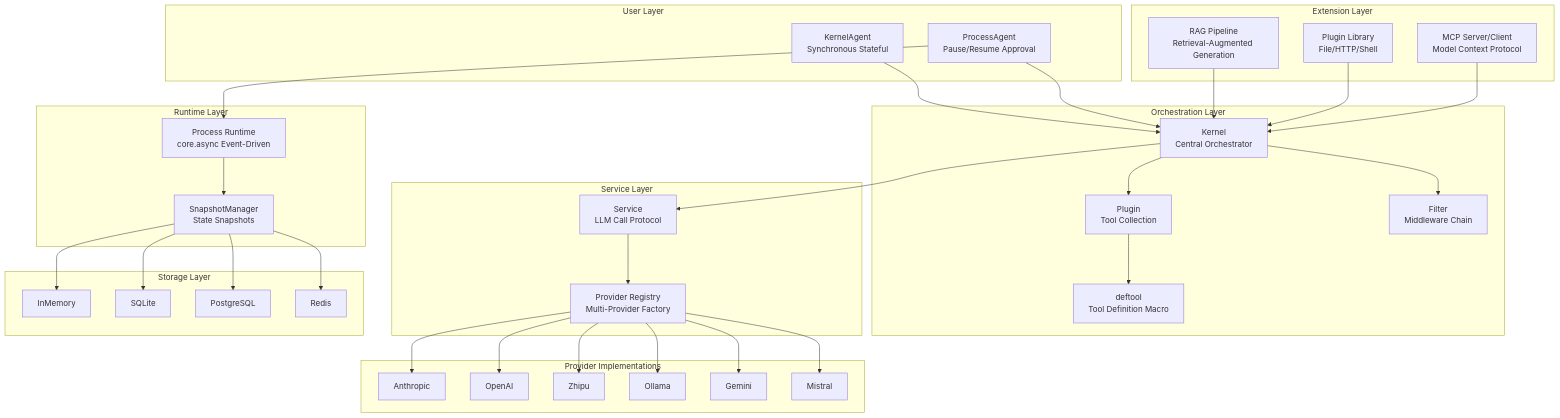
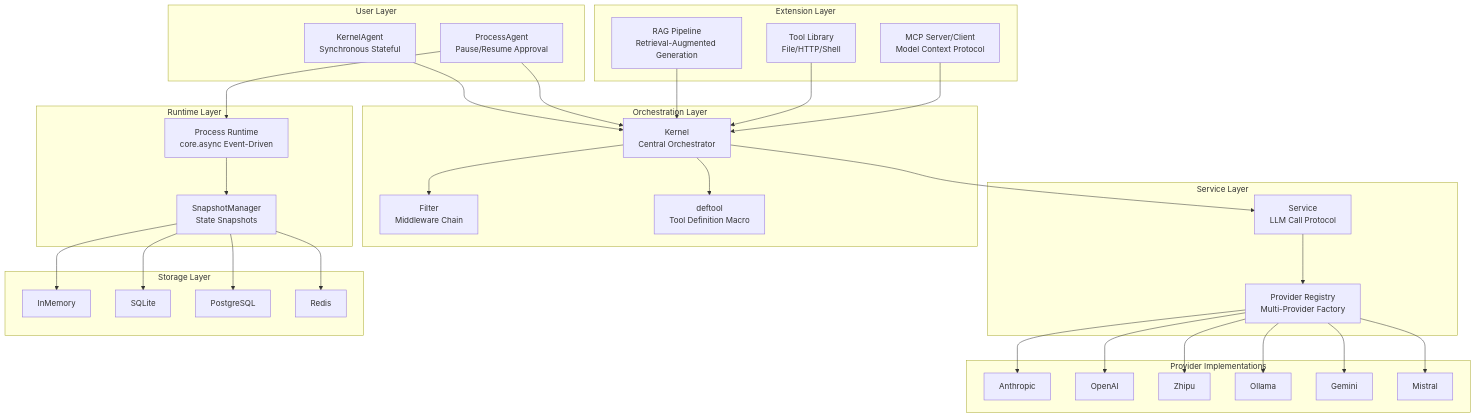
The first of 2 diagrams in README_EN.md (TTalkPro/clj-agent), drawn with Mermaid before and after one commit. The commit also changed other lines of this file and 34 other files, not shown here.

````diff
--- a/README_EN.md
+++ b/README_EN.md
@@ -24,61 +24,59 @@
 ```mermaid
 graph TB
     subgraph "User Layer"
         KA[KernelAgent<br/>Synchronous Stateful]
         PA[ProcessAgent<br/>Pause/Resume Approval]
     end
 
     subgraph "Orchestration Layer"
         K[Kernel<br/>Central Orchestrator]
-        P[Plugin<br/>Tool Collection]
         F[Filter<br/>Middleware Chain]
         T[deftool<br/>Tool Definition Macro]
     end
 
     subgraph "Service Layer"
         S[Service<br/>LLM Call Protocol]
         PR[Provider Registry<br/>Multi-Provider Factory]
     end
 
     subgraph "Provider Implementations"
         AN[Anthropic]
         OA[OpenAI]
         ZP[Zhipu]
         OL[Ollama]
         GM[Gemini]
         MS[Mistral]
     end
 
     subgraph "Runtime Layer"
         RT[Process Runtime<br/>core.async Event-Driven]
         SM[SnapshotManager<br/>State Snapshots]
     end
 
     subgraph "Storage Layer"
         MEM[InMemory]
         SQL[SQLite]
         PG[PostgreSQL]
         RD[Redis]
     end
 
     subgraph "Extension Layer"
         RAG[RAG Pipeline<br/>Retrieval-Augmented Generation]
         MCP[MCP Server/Client<br/>Model Context Protocol]
-        PLG[Plugin Library<br/>File/HTTP/Shell]
+        PLG[Tool Library<br/>File/HTTP/Shell]
     end
 
     KA --> K
     PA --> K
     PA --> RT
-    K --> P
+    K --> T
     K --> F
     K --> S
-    P --> T
     S --> PR
     PR --> AN & OA & ZP & OL & GM & MS
     RT --> SM
     SM --> MEM & SQL & PG & RD
     RAG --> K
     PLG --> K
     MCP --> K
 ```
````
